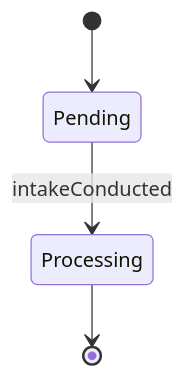
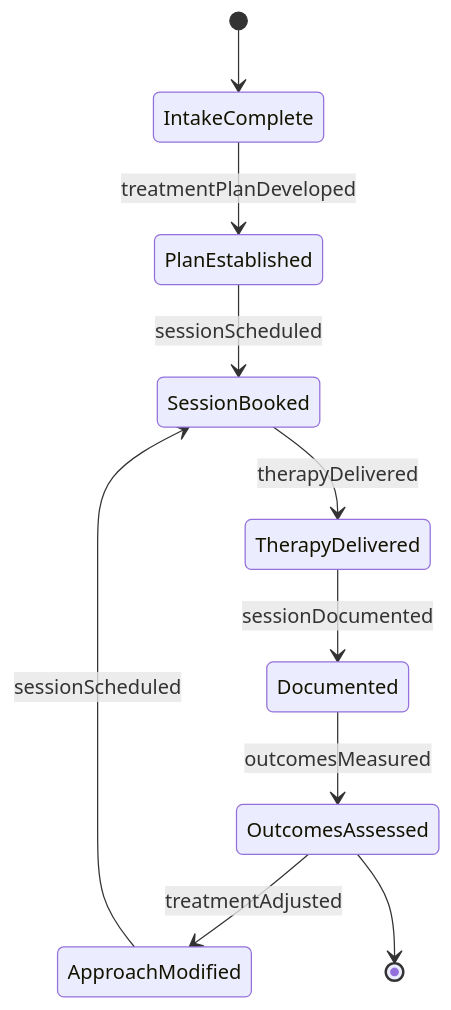
The second of 4 diagrams in AssistingAndCaringForOthers/AdministerTherapeuticTreatments/TreatPatientsUsingPsychologicalTherapies.mdx (dot-org-ai/tasks.org.ai), drawn with Mermaid before and after one commit. The commit also changed other lines of this file and 32 other files, not shown here.

First line of the commit message:
fix: Improve ER and State diagrams in 32 AssistingAndCaringForOthers DWA files

````diff
--- a/AssistingAndCaringForOthers/AdministerTherapeuticTreatments/TreatPatientsUsingPsychologicalTherapies.mdx
+++ b/AssistingAndCaringForOthers/AdministerTherapeuticTreatments/TreatPatientsUsingPsychologicalTherapies.mdx
@@ -99,6 +99,12 @@
 ```mermaid
 stateDiagram-v2
-    [*] --> Pending
-    Pending --> Processing : intakeConducted
-    Processing --> [*]
+    [*] --> IntakeComplete
+    IntakeComplete --> PlanEstablished : treatmentPlanDeveloped
+    PlanEstablished --> SessionBooked : sessionScheduled
+    SessionBooked --> TherapyDelivered : therapyDelivered
+    TherapyDelivered --> Documented : sessionDocumented
+    Documented --> OutcomesAssessed : outcomesMeasured
+    OutcomesAssessed --> ApproachModified : treatmentAdjusted
+    ApproachModified --> SessionBooked : sessionScheduled
+    OutcomesAssessed --> [*]
 ```
````
